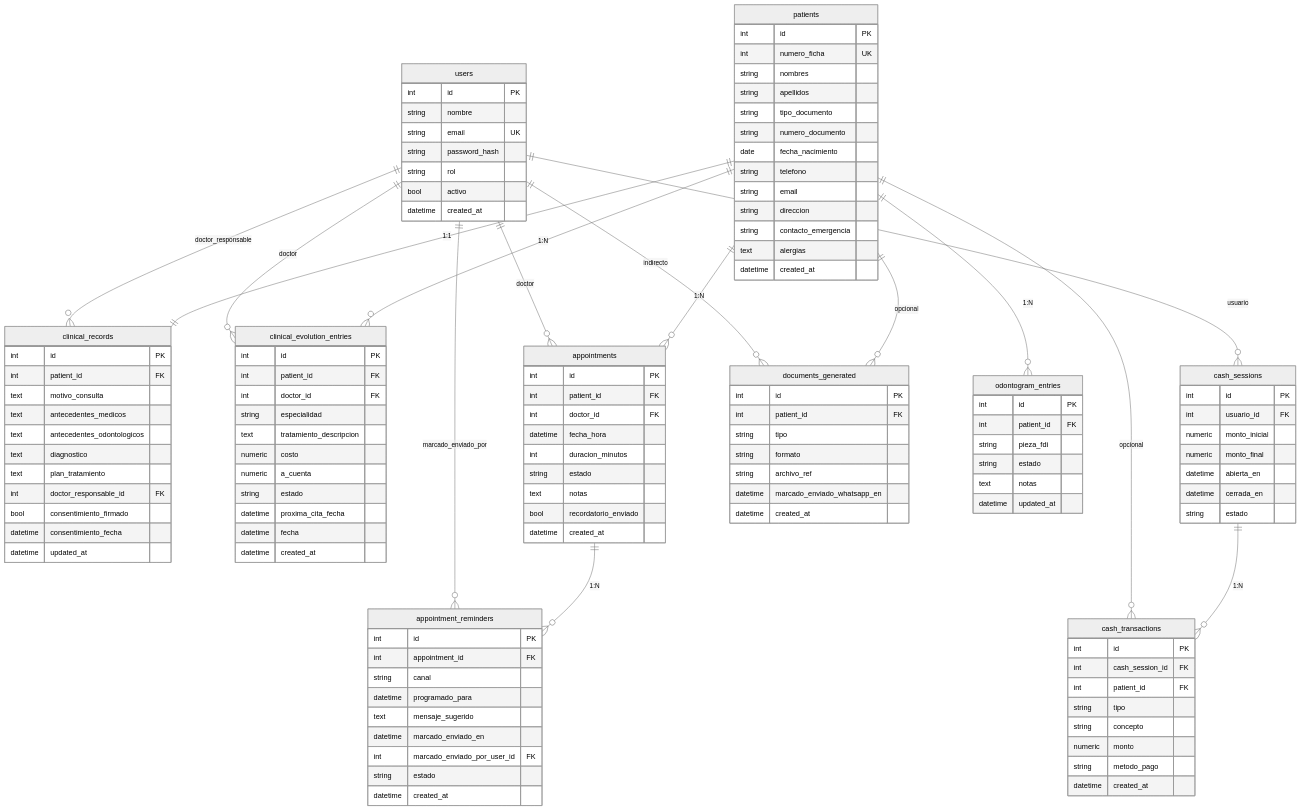
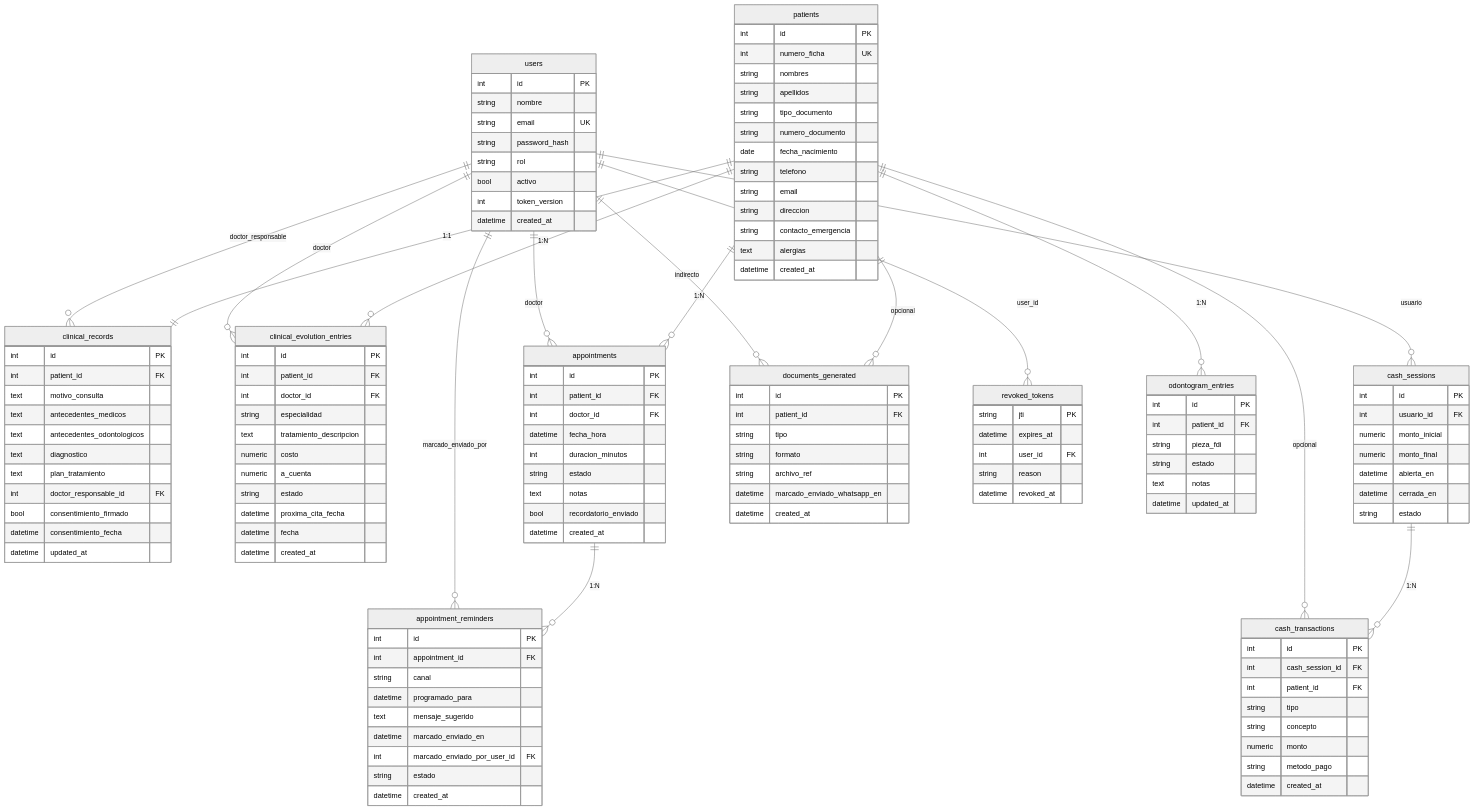
The diagram in docs/ER_diagram.md (vargasgrup/DentalFacil), drawn with Mermaid (neutral theme) before and after one commit. The commit also changed 45 other files, not shown here.

```diff
--- a/docs/ER_diagram.md
+++ b/docs/ER_diagram.md
@@ -8,6 +8,7 @@
     users ||--o{ cash_sessions : "usuario"
     users ||--o{ appointment_reminders : "marcado_enviado_por"
     users ||--o{ documents_generated : "indirecto"
+    users ||--o{ revoked_tokens : "user_id"
 
     patients ||--|| clinical_records : "1:1"
     patients ||--o{ clinical_evolution_entries : "1:N"
@@ -27,7 +28,16 @@
         string password_hash
         string rol
         bool activo
+        int token_version
         datetime created_at
+    }
+
+    revoked_tokens {
+        string jti PK
+        datetime expires_at
+        int user_id FK
+        string reason
+        datetime revoked_at
     }
 
     patients {
```
